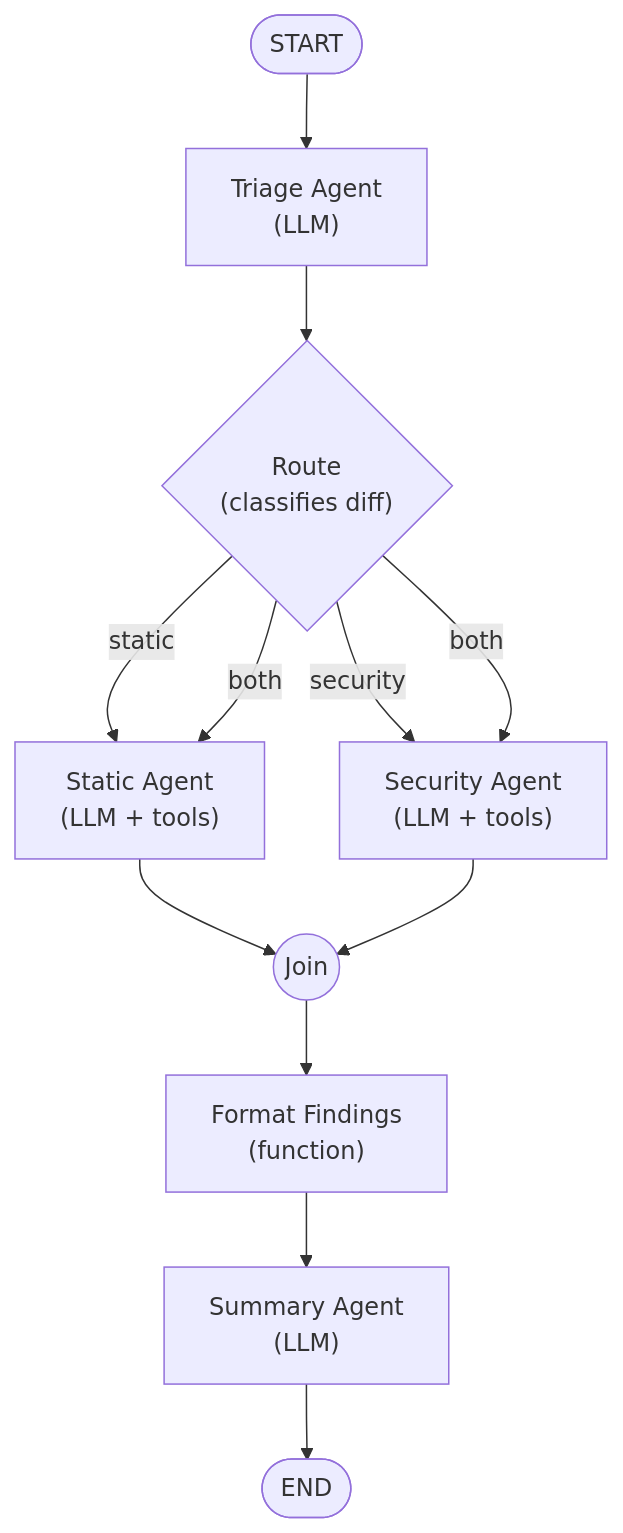
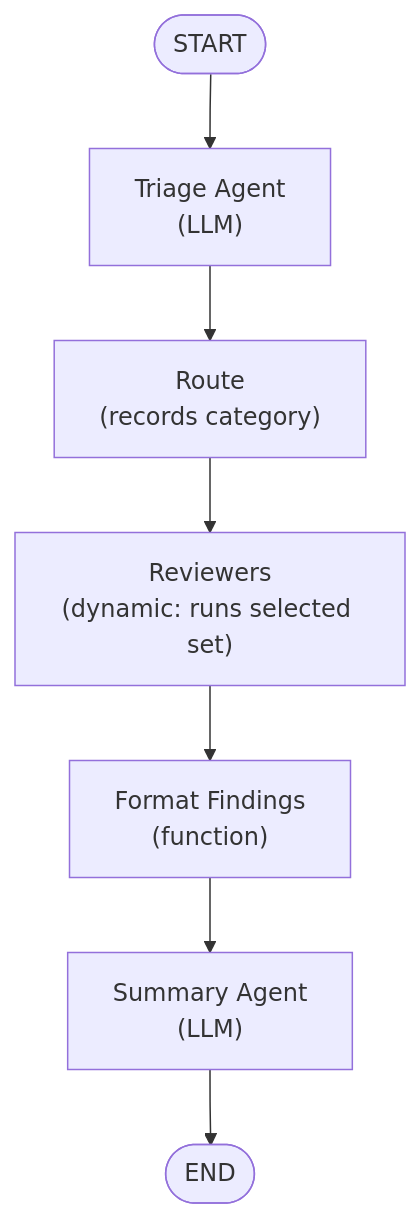
Before and after one commit to geoffjay/agent-toolbox: the diagram in README.md, drawn with Mermaid. The commit also changed other lines of this file and 15 other files, not shown here.

````diff
--- a/README.md
+++ b/README.md
@@ -26,14 +26,9 @@
 ```mermaid
 flowchart TD
     START([START]) --> triage
-    triage["Triage Agent<br/>(LLM)"] --> route{"Route<br/>(classifies diff)"}
-    route -- "static" --> static
-    route -- "security" --> security
-    route -- "both" --> static
-    route -- "both" --> security
-    static["Static Agent<br/>(LLM + tools)"] --> gather
-    security["Security Agent<br/>(LLM + tools)"] --> gather
-    gather((Join)) --> format["Format Findings<br/>(function)"]
+    triage["Triage Agent<br/>(LLM)"] --> route["Route<br/>(records category)"]
+    route --> reviewers["Reviewers<br/>(dynamic: runs selected set)"]
+    reviewers --> format["Format Findings<br/>(function)"]
     format --> summary["Summary Agent<br/>(LLM)"]
     summary --> END([END])
 ```
````
